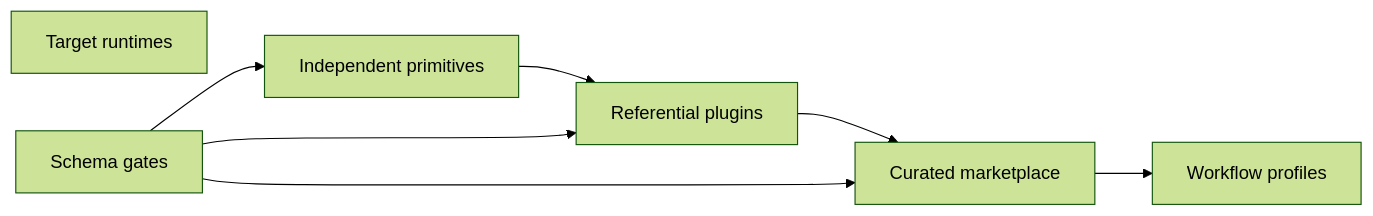
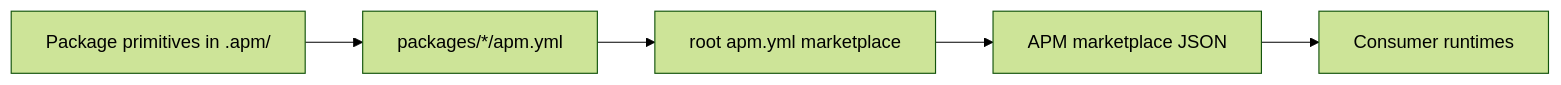
The diagram in docs/index.md (amichne/intelligence), drawn with Mermaid (forest theme) before and after one commit. The commit also changed other lines of this file and 512 other files, not shown here.

Commit message:
feat: migrate marketplace publishing to apm

````diff
--- a/docs/index.md
+++ b/docs/index.md
@@ -11,14 +7,10 @@
 ```mermaid
 flowchart LR
-  primitive[Independent primitives]
-  plugin[Referential plugins]
-  marketplace[Curated marketplace]
-  profile[Workflow profiles]
-  runtime[Target runtimes]
-  schemas[Schema gates]
+  primitive[Package primitives in .apm/]
+  package[packages/*/apm.yml]
+  marketplace[root apm.yml marketplace]
+  output[APM marketplace JSON]
+  runtime[Consumer runtimes]
 
-  primitive --> plugin --> marketplace --> profile
-  schemas --> primitive
-  schemas --> plugin
-  schemas --> marketplace
+  primitive --> package --> marketplace --> output --> runtime
 ```
````
